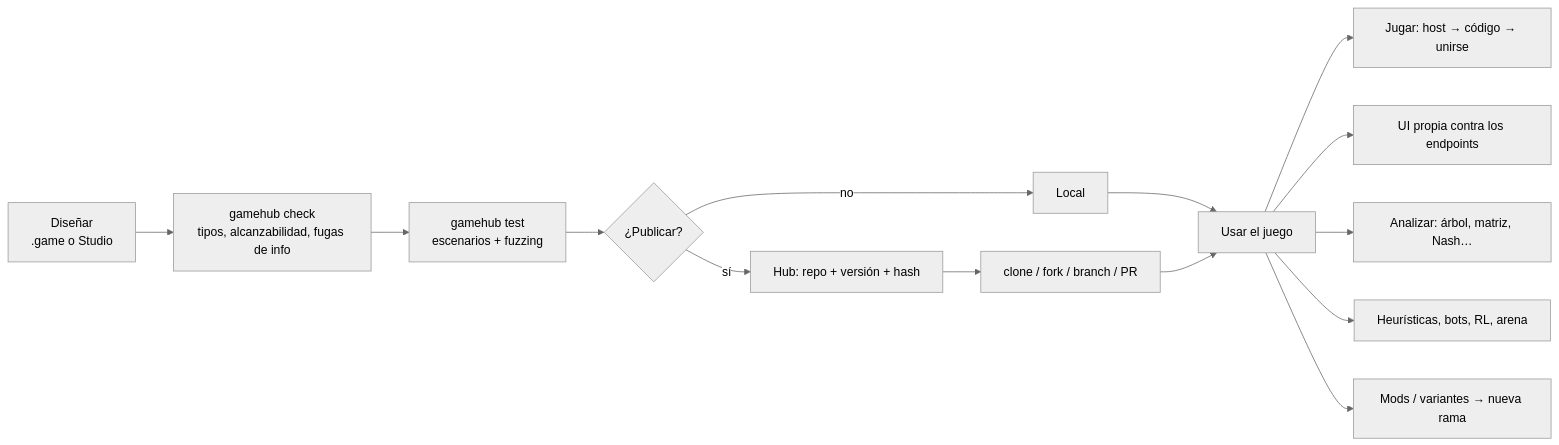
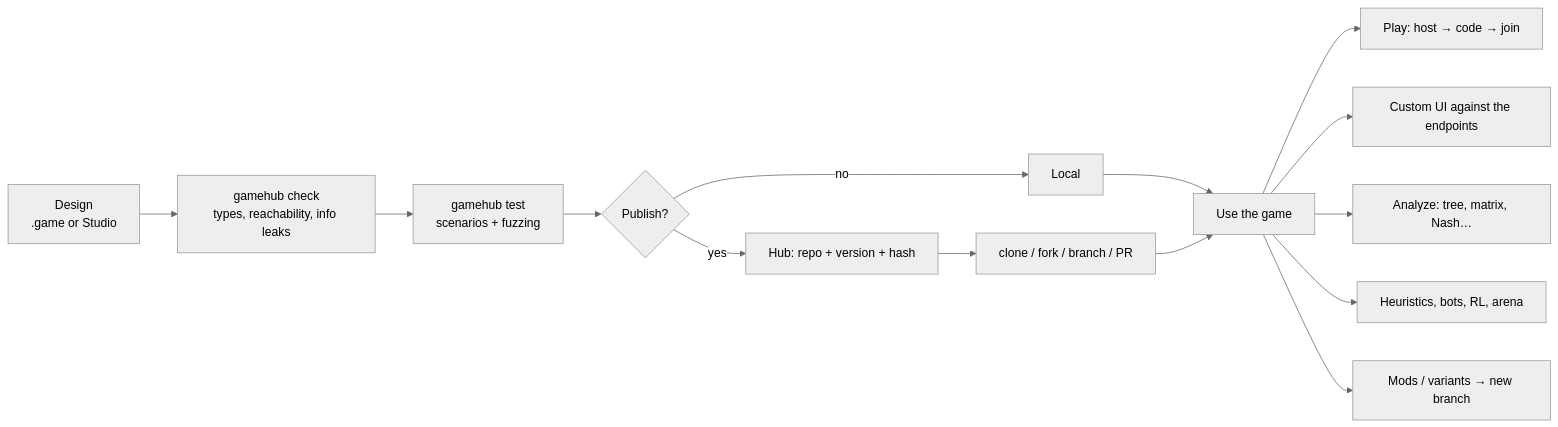
The diagram in docs/wiki/vision.md (JuanMartinFajardo/GameHub), drawn with Mermaid (neutral theme) before and after one commit. The commit also changed other lines of this file and 67 other files, not shown here.

````diff
--- a/docs/wiki/vision.md
+++ b/docs/wiki/vision.md
@@ -50,16 +50,16 @@
 ```mermaid
 flowchart LR
-  A[Diseñar<br/>.game o Studio] --> B[gamehub check<br/>tipos, alcanzabilidad, fugas de info]
-  B --> C[gamehub test<br/>escenarios + fuzzing]
-  C --> D{¿Publicar?}
-  D -- sí --> E[Hub: repo + versión + hash]
+  A[Design<br/>.game or Studio] --> B[gamehub check<br/>types, reachability, info leaks]
+  B --> C[gamehub test<br/>scenarios + fuzzing]
+  C --> D{Publish?}
+  D -- yes --> E[Hub: repo + version + hash]
   D -- no --> F[Local]
   E --> G[clone / fork / branch / PR]
-  F --> H[Usar el juego]
+  F --> H[Use the game]
   G --> H
-  H --> H1[Jugar: host → código → unirse]
-  H --> H2[UI propia contra los endpoints]
-  H --> H3[Analizar: árbol, matriz, Nash…]
-  H --> H4[Heurísticas, bots, RL, arena]
-  H --> H5[Mods / variantes → nueva rama]
+  H --> H1[Play: host → code → join]
+  H --> H2[Custom UI against the endpoints]
+  H --> H3[Analyze: tree, matrix, Nash…]
+  H --> H4[Heuristics, bots, RL, arena]
+  H --> H5[Mods / variants → new branch]
 ```
````
